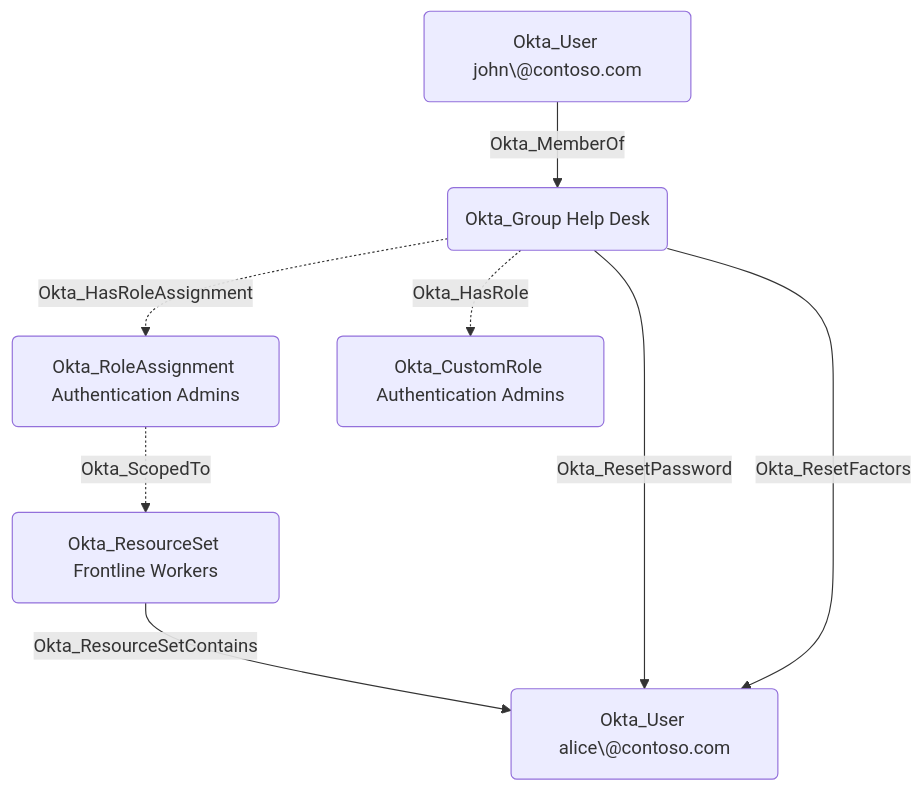
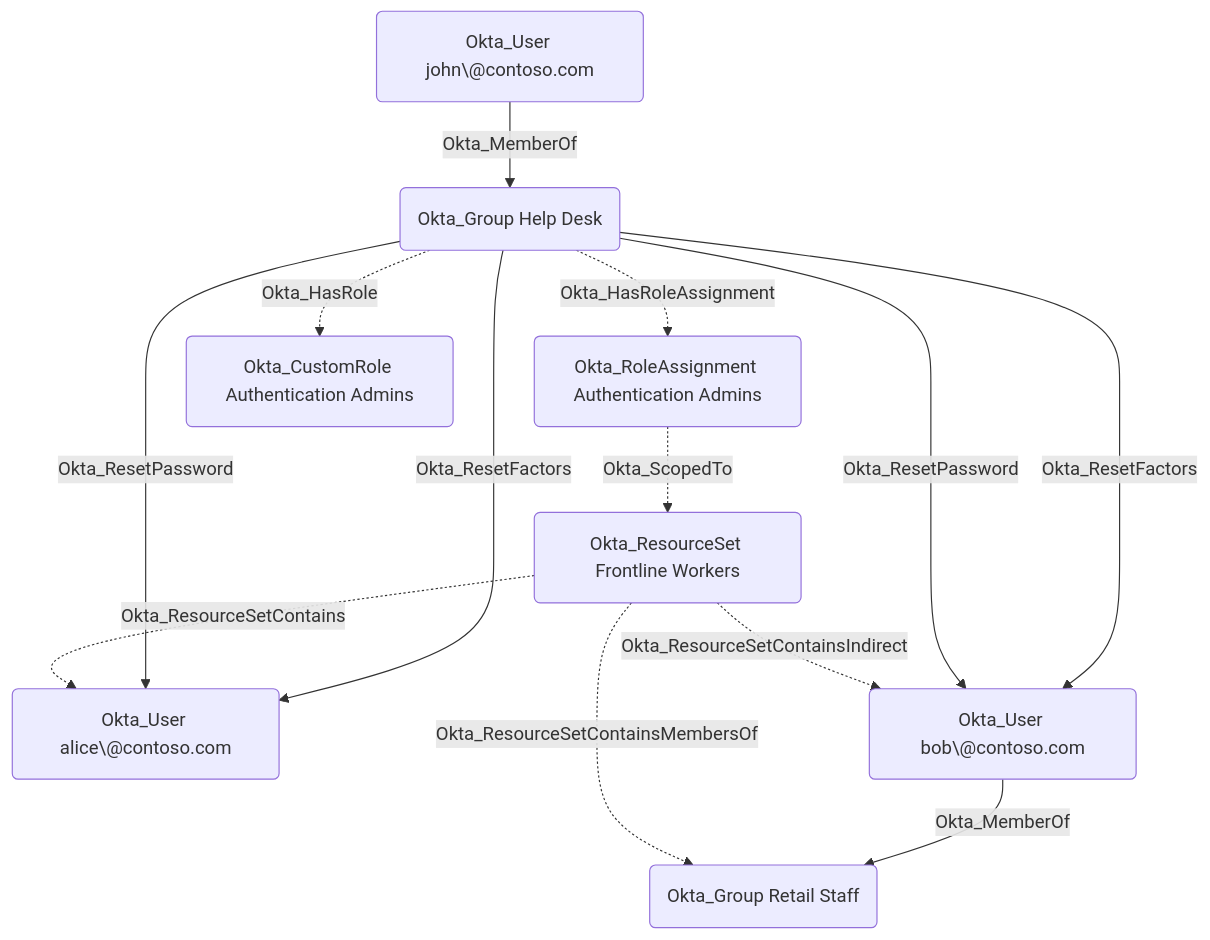
One commit to SpecterOps/bloodhound-docs changed the second of 2 diagrams in docs/opengraph/extensions/okta/edges/okta_resetpassword.mdx. Above: the diagram before and after it, drawn with Mermaid. The commit also changed other lines of this file and 73 other files, not shown here.

````diff
--- a/docs/opengraph/extensions/okta/edges/okta_resetpassword.mdx
+++ b/docs/opengraph/extensions/okta/edges/okta_resetpassword.mdx
@@ -32,16 +35,23 @@
 ```mermaid
 graph TD
     u1("Okta_User john\@contoso.com")
     u2("Okta_User alice\@contoso.com")
+    u3("Okta_User bob\@contoso.com")
     g1("Okta_Group Help Desk")
+    g2("Okta_Group Retail Staff")
     rs("Okta_ResourceSet Frontline Workers")
     a("Okta_RoleAssignment Authentication Admins")
     r("Okta_CustomRole Authentication Admins")
     g1 -. Okta_HasRole .-> r
     a -. Okta_ScopedTo .-> rs
     g1 -. Okta_HasRoleAssignment .-> a
-    rs -- Okta_ResourceSetContains --> u2
+    rs -. Okta_ResourceSetContains .-> u2
+    rs -. Okta_ResourceSetContainsMembersOf .-> g2
+    u3 -- Okta_MemberOf --> g2
+    rs -. Okta_ResourceSetContainsIndirect .-> u3
     u1 -- Okta_MemberOf --> g1
     g1 -- Okta_ResetPassword --> u2
     g1 -- Okta_ResetFactors --> u2
+    g1 -- Okta_ResetPassword --> u3
+    g1 -- Okta_ResetFactors --> u3
 ```
````
